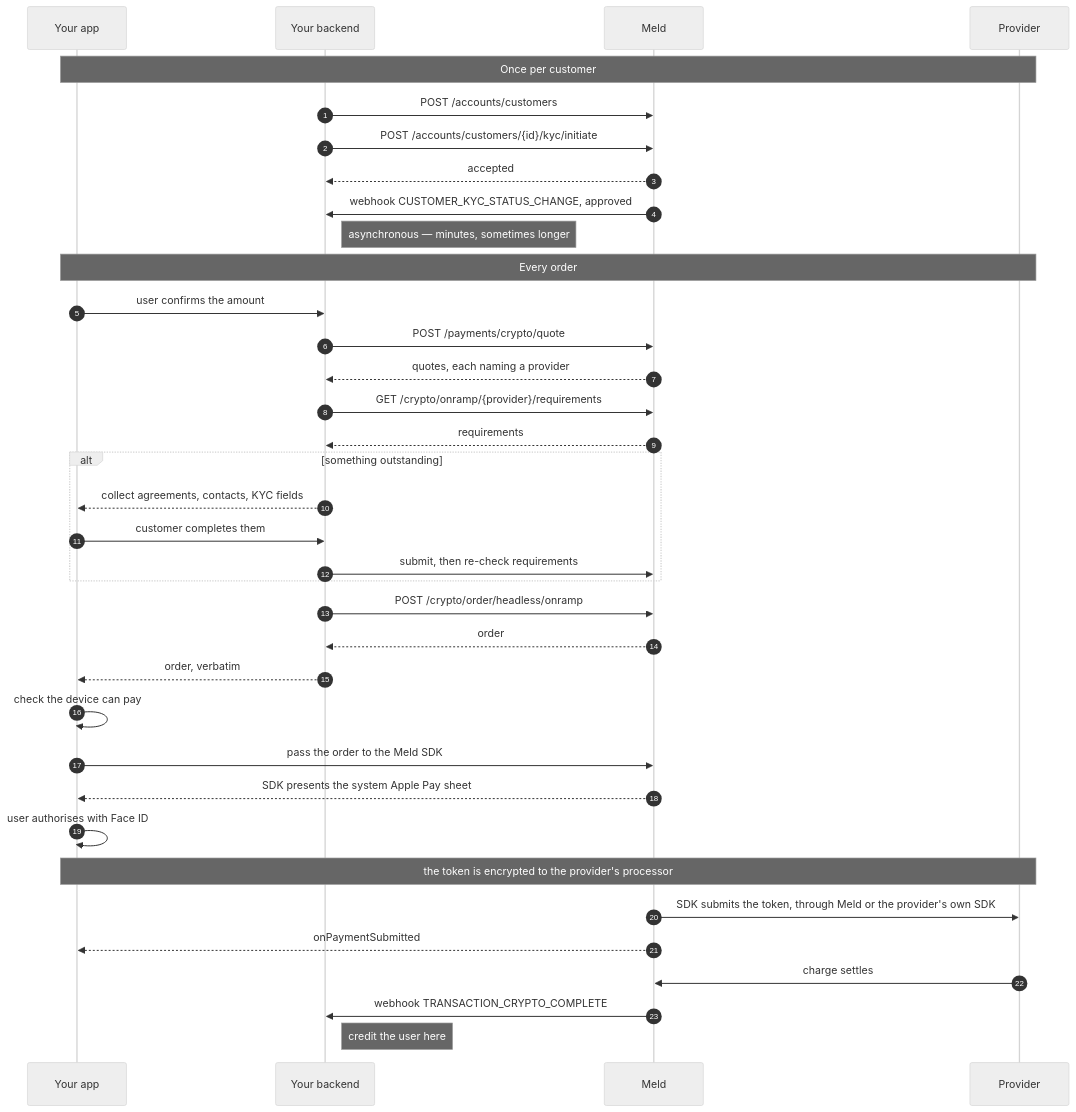
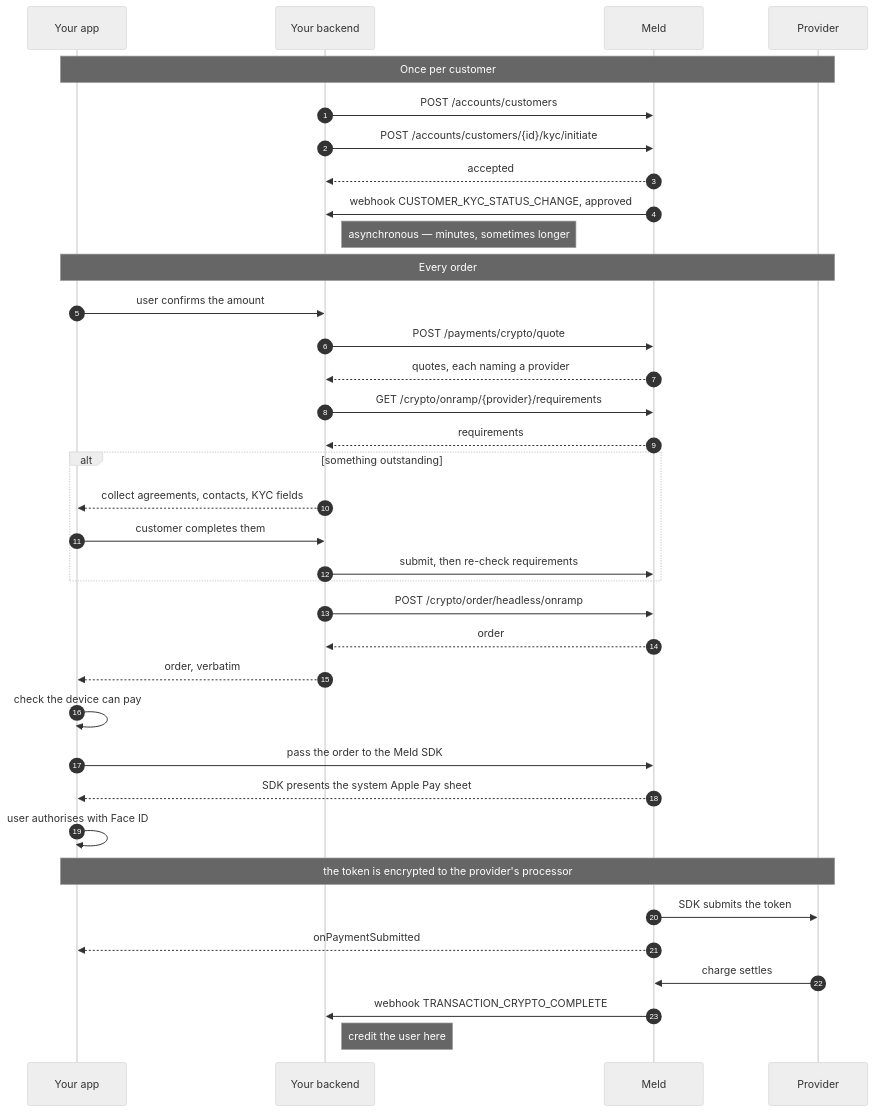
One commit to meldeng/docs changed the diagram in docs/stablecoins/headless-integration/apple-pay.mdx. Above: the diagram before and after it, drawn with Mermaid (neutral theme). The commit also changed other lines of this file and 9 other files, not shown here.

````diff
--- a/docs/stablecoins/headless-integration/apple-pay.mdx
+++ b/docs/stablecoins/headless-integration/apple-pay.mdx
@@ -123,42 +115,42 @@
 ```mermaid
 sequenceDiagram
     autonumber
     participant App as Your app
     participant Api as Your backend
     participant Meld
     participant P as Provider
 
     Note over App,P: Once per customer
     Api->>Meld: POST /accounts/customers
     Api->>Meld: POST /accounts/customers/{id}/kyc/initiate
     Meld-->>Api: accepted
     Meld->>Api: webhook CUSTOMER_KYC_STATUS_CHANGE, approved
     Note right of Api: asynchronous — minutes, sometimes longer
 
     Note over App,P: Every order
     App->>Api: user confirms the amount
     Api->>Meld: POST /payments/crypto/quote
     Meld-->>Api: quotes, each naming a provider
     Api->>Meld: GET /crypto/onramp/{provider}/requirements
     Meld-->>Api: requirements
     alt something outstanding
         Api-->>App: collect agreements, contacts, KYC fields
         App->>Api: customer completes them
         Api->>Meld: submit, then re-check requirements
     end
 
     Api->>Meld: POST /crypto/order/headless/onramp
     Meld-->>Api: order
     Api-->>App: order, verbatim
 
     App->>App: check the device can pay
     App->>Meld: pass the order to the Meld SDK
     Meld-->>App: SDK presents the system Apple Pay sheet
     App->>App: user authorises with Face ID
     Note over App,P: the token is encrypted to the provider's processor
-    Meld->>P: SDK submits the token, through Meld or the provider's own SDK
+    Meld->>P: SDK submits the token
     Meld-->>App: onPaymentSubmitted
     P->>Meld: charge settles
     Meld->>Api: webhook TRANSACTION_CRYPTO_COMPLETE
     Note right of Api: credit the user here
 ```
````
